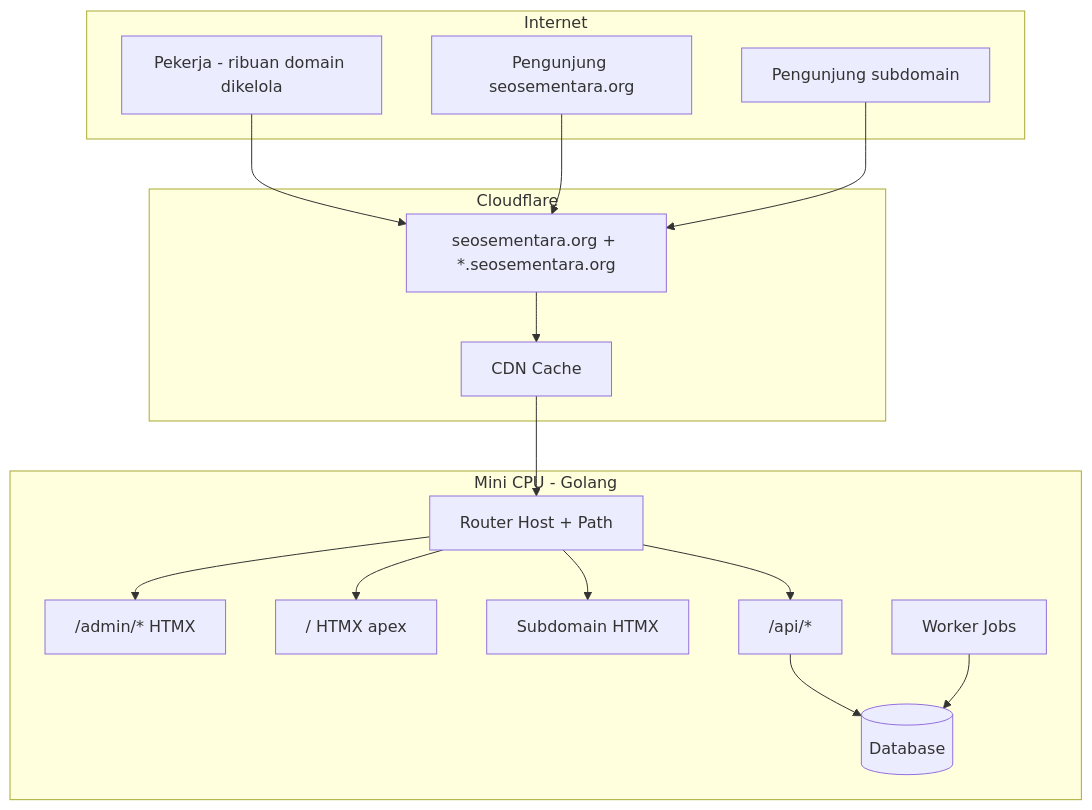
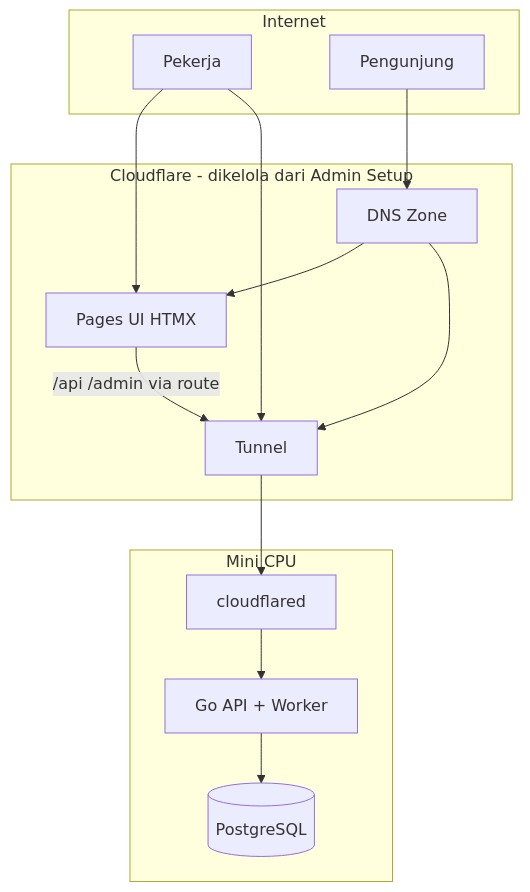
One commit to WBetEngine/Seosementara changed the diagram in Plan/02-arsitektur-dan-infrastruktur.md. Above: the diagram before and after it, drawn with Mermaid. The commit also changed other lines of this file and 8 other files, not shown here.

First line of the commit message:
Tambah Plan/15: integrasi Cloudflare dari admin panel

````diff
--- a/Plan/02-arsitektur-dan-infrastruktur.md
+++ b/Plan/02-arsitektur-dan-infrastruktur.md
@@ -9,31 +9,25 @@
 ```mermaid
 flowchart TB
   subgraph internet [Internet]
-    Worker[Pekerja - ribuan domain dikelola]
-    Visitor[Pengunjung seosementara.org]
-    SubVisitor[Pengunjung subdomain]
+    Worker[Pekerja]
+    Visitor[Pengunjung]
   end
-  subgraph cf [Cloudflare]
-    DNS["seosementara.org + *.seosementara.org"]
-    Cache[CDN Cache]
+  subgraph cf [Cloudflare - dikelola dari Admin Setup]
+    Pages[Pages UI HTMX]
+    Tunnel[Tunnel]
+    DNS[DNS Zone]
   end
-  subgraph mini [Mini CPU - Golang]
-    Router[Router Host + Path]
-    Admin["/admin/* HTMX"]
-    Public["/ HTMX apex"]
-    SubApps["Subdomain HTMX"]
-    API["/api/*"]
-    BG[Worker Jobs]
-    DB[(Database)]
+  subgraph mini [Mini CPU]
+    Go[Go API + Worker]
+    CFd[cloudflared]
+    DB[(PostgreSQL)]
   end
-  Worker --> DNS
+  Worker --> Pages
+  Worker --> Tunnel
   Visitor --> DNS
-  SubVisitor --> DNS
-  DNS --> Cache --> Router
-  Router --> Admin
-  Router --> Public
-  Router --> SubApps
-  Router --> API
-  API --> DB
-  BG --> DB
+  DNS --> Pages
+  DNS --> Tunnel
+  Pages -->|/api /admin via route| Tunnel
+  Tunnel --> CFd --> Go
+  Go --> DB
 ```
````
